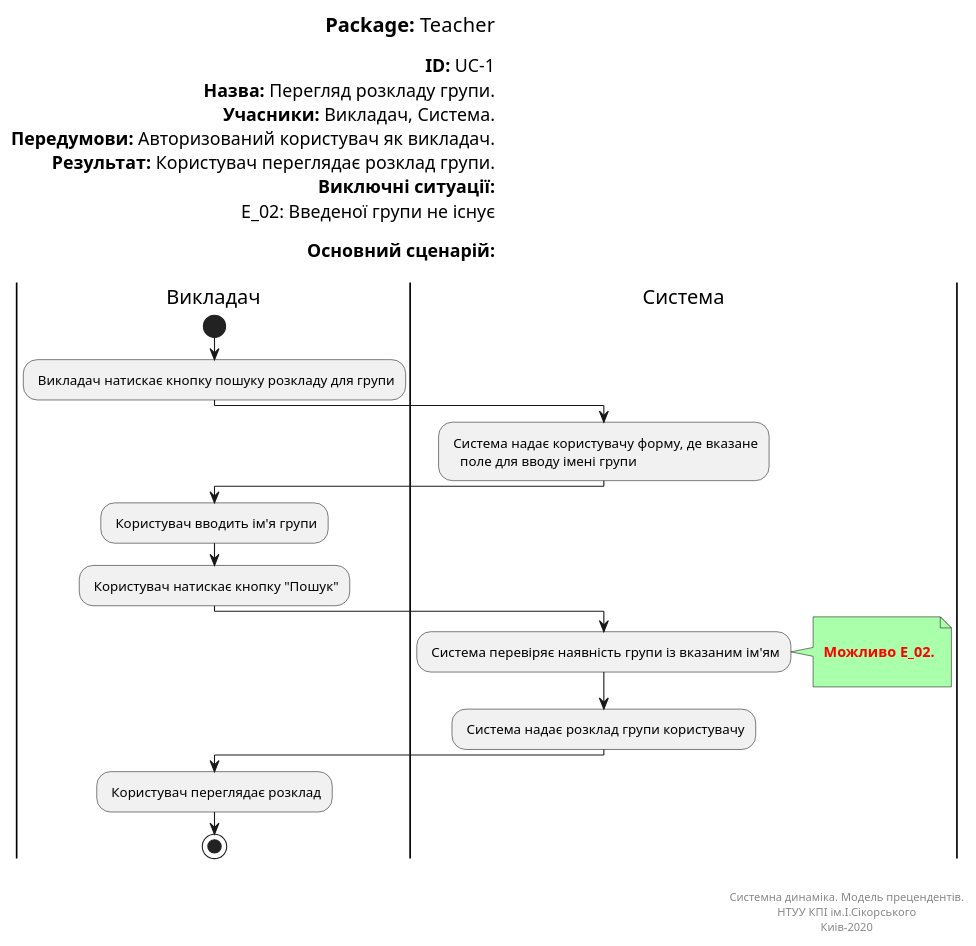
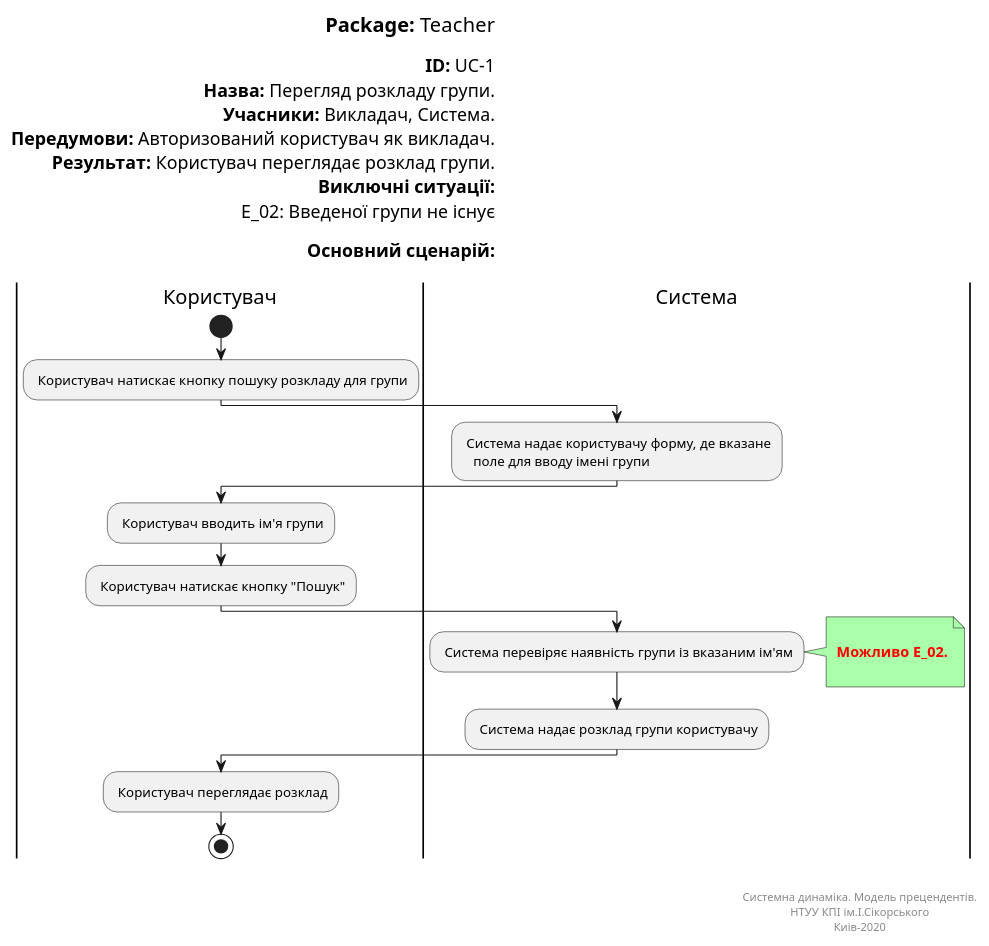
The diagram in docs/UML_Diagrams/scenarios/teacher/diagrams/UC-1.pu (vladlinu/TeamOne), drawn with PlantUML before and after one commit.

```diff
--- a/docs/UML_Diagrams/scenarios/teacher/diagrams/UC-1.pu
+++ b/docs/UML_Diagrams/scenarios/teacher/diagrams/UC-1.pu
@@ -1,53 +1,53 @@
 @startuml
 left header
 <font color=000 size=18><b>Package:</b> Teacher
 
 <font color=000 size=16><b>ID:</b> UC-1
 <font color=000 size=16><b>Назва:</b> Перегляд розкладу групи.
 <font color=000 size=16><b>Учасники:</b> Викладач, Система.
 <font color=000 size=16><b>Передумови:</b> Авторизований користувач як викладач.
 <font color=000 size=16><b>Результат:</b> Користувач переглядає розклад групи.
 <font color=000 size=16><b>Виключні ситуації:</b>
 <font color=000 size=16> E_02: Введеної групи не існує
 
 <font color=000 size=16><b>Основний сценарій:</b>
 
 end header
 
-|Викладач|
+|Користувач|
 start
-: Викладач натискає кнопку пошуку розкладу для групи;
+: Користувач натискає кнопку пошуку розкладу для групи;
 
 |Система|
 : Система надає користувачу форму, де вказане
    поле для вводу імені групи;
 
-|Викладач|
+|Користувач|
 : Користувач вводить ім'я групи;   
 
 : Користувач натискає кнопку "Пошук";
 
 |Система|
 : Система перевіряє наявність групи із вказаним ім'ям;
 note right #aaffaa
 
 <font color=red><b> Можливо E_02.
 
 end note
 
 : Система надає розклад групи користувачу;
 
-|Викладач|
+|Користувач|
 
 : Користувач переглядає розклад;
 
 stop;
 
 right footer
 
 
 Системна динаміка. Модель прецендентів.
 НТУУ КПІ ім.І.Сікорського
 Киів-2020
 end footer
 @enduml
```
